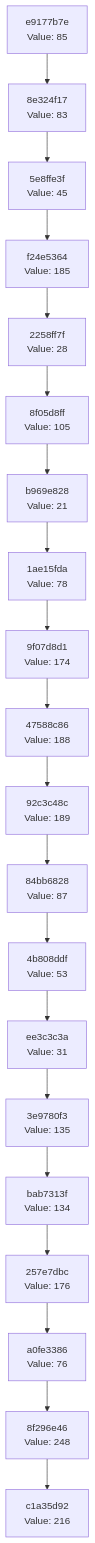
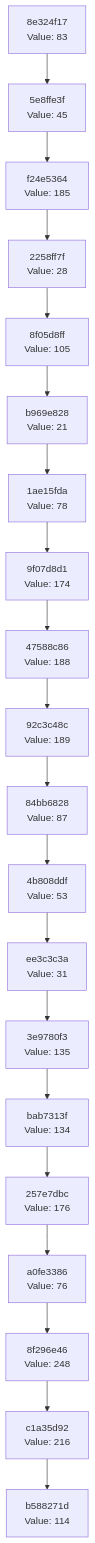
Before and after one commit to Abhisheksinha1506/hash-chain-evolver: the diagram in docs/CHAIN_VISUALIZATION.md, drawn with Mermaid. The commit also changed 2 other files, not shown here.

Commit message:
Evolution Step

````diff
--- a/docs/CHAIN_VISUALIZATION.md
+++ b/docs/CHAIN_VISUALIZATION.md
@@ -3,42 +3,42 @@
 ```mermaid
 graph TD
-    C0["c1a35d92<br/>Value: 216"]
-    C1["8f296e46<br/>Value: 248"]
+    C0["b588271d<br/>Value: 114"]
+    C1["c1a35d92<br/>Value: 216"]
     C1 --> C0
-    C2["a0fe3386<br/>Value: 76"]
+    C2["8f296e46<br/>Value: 248"]
     C2 --> C1
-    C3["257e7dbc<br/>Value: 176"]
+    C3["a0fe3386<br/>Value: 76"]
     C3 --> C2
-    C4["bab7313f<br/>Value: 134"]
+    C4["257e7dbc<br/>Value: 176"]
     C4 --> C3
-    C5["3e9780f3<br/>Value: 135"]
+    C5["bab7313f<br/>Value: 134"]
     C5 --> C4
-    C6["ee3c3c3a<br/>Value: 31"]
+    C6["3e9780f3<br/>Value: 135"]
     C6 --> C5
-    C7["4b808ddf<br/>Value: 53"]
+    C7["ee3c3c3a<br/>Value: 31"]
     C7 --> C6
-    C8["84bb6828<br/>Value: 87"]
+    C8["4b808ddf<br/>Value: 53"]
     C8 --> C7
-    C9["92c3c48c<br/>Value: 189"]
+    C9["84bb6828<br/>Value: 87"]
     C9 --> C8
-    C10["47588c86<br/>Value: 188"]
+    C10["92c3c48c<br/>Value: 189"]
     C10 --> C9
-    C11["9f07d8d1<br/>Value: 174"]
+    C11["47588c86<br/>Value: 188"]
     C11 --> C10
-    C12["1ae15fda<br/>Value: 78"]
+    C12["9f07d8d1<br/>Value: 174"]
     C12 --> C11
-    C13["b969e828<br/>Value: 21"]
+    C13["1ae15fda<br/>Value: 78"]
     C13 --> C12
-    C14["8f05d8ff<br/>Value: 105"]
+    C14["b969e828<br/>Value: 21"]
     C14 --> C13
-    C15["2258ff7f<br/>Value: 28"]
+    C15["8f05d8ff<br/>Value: 105"]
     C15 --> C14
-    C16["f24e5364<br/>Value: 185"]
+    C16["2258ff7f<br/>Value: 28"]
     C16 --> C15
-    C17["5e8ffe3f<br/>Value: 45"]
+    C17["f24e5364<br/>Value: 185"]
     C17 --> C16
-    C18["8e324f17<br/>Value: 83"]
+    C18["5e8ffe3f<br/>Value: 45"]
     C18 --> C17
-    C19["e9177b7e<br/>Value: 85"]
+    C19["8e324f17<br/>Value: 83"]
     C19 --> C18
 ```
````
